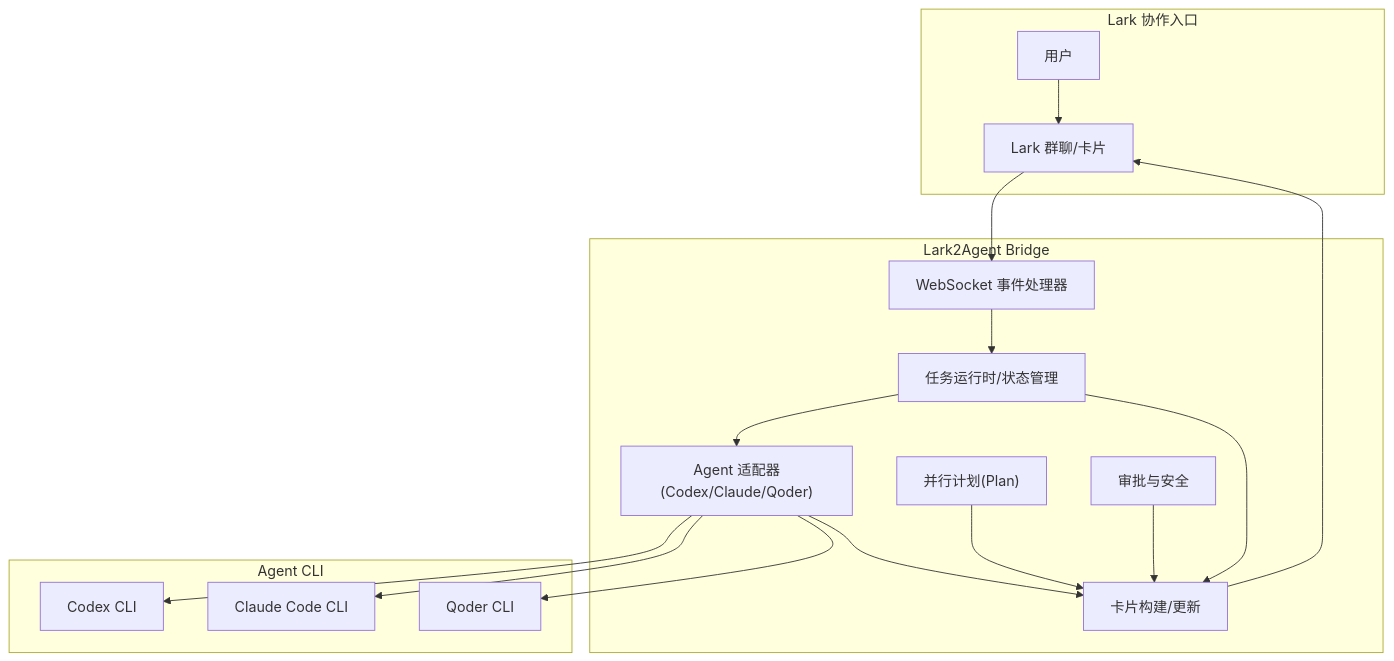
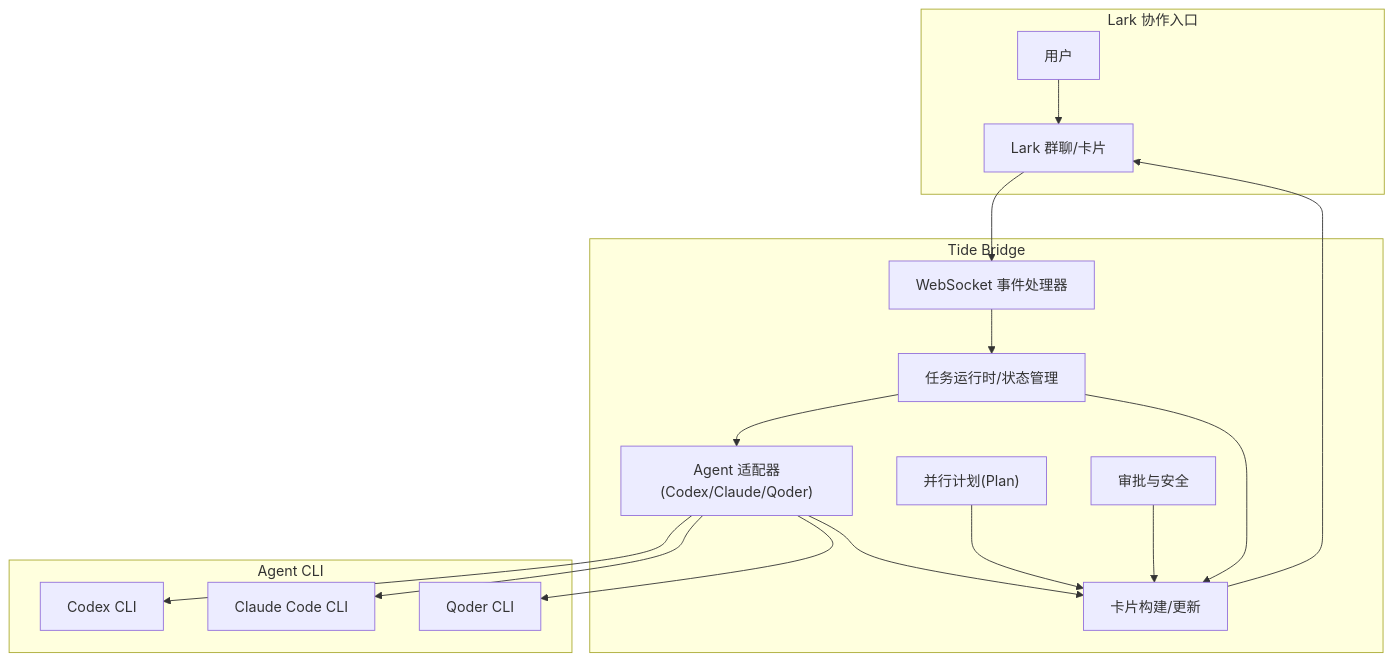
One commit to winditer/tide changed the second of 8 diagrams in .qoder/repowiki/zh/content/项目概述.md. Above: the diagram before and after it, drawn with Mermaid. The commit also changed other lines of this file and 260 other files, not shown here.

````diff
--- a/.qoder/repowiki/zh/content/项目概述.md
+++ b/.qoder/repowiki/zh/content/项目概述.md
@@ -81,32 +81,32 @@
 ```mermaid
 graph TB
 subgraph "Lark 协作入口"
 U["用户"]
 L["Lark 群聊/卡片"]
 end
-subgraph "Lark2Agent Bridge"
+subgraph "Tide Bridge"
 WS["WebSocket 事件处理器"]
 AD["Agent 适配器(Codex/Claude/Qoder)"]
 RT["任务运行时/状态管理"]
 CARD["卡片构建/更新"]
 PLAN["并行计划(Plan)"]
 APP["审批与安全"]
 end
 subgraph "Agent CLI"
 C["Codex CLI"]
 K["Claude Code CLI"]
 Q["Qoder CLI"]
 end
 U --> L
 L --> WS
 WS --> RT
 RT --> AD
 AD --> C
 AD --> K
 AD --> Q
 AD --> CARD
 RT --> CARD
 CARD --> L
 PLAN --> CARD
 APP --> CARD
 ```
````
